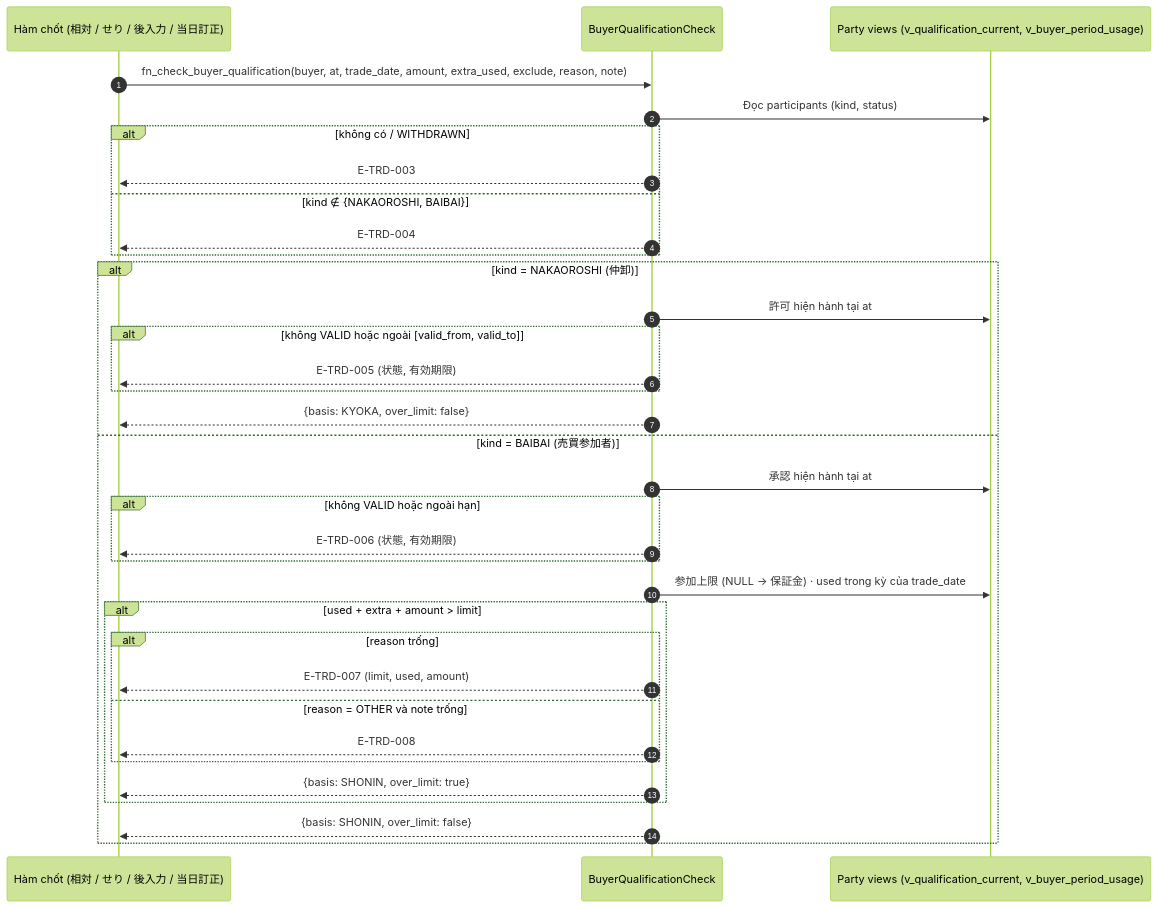
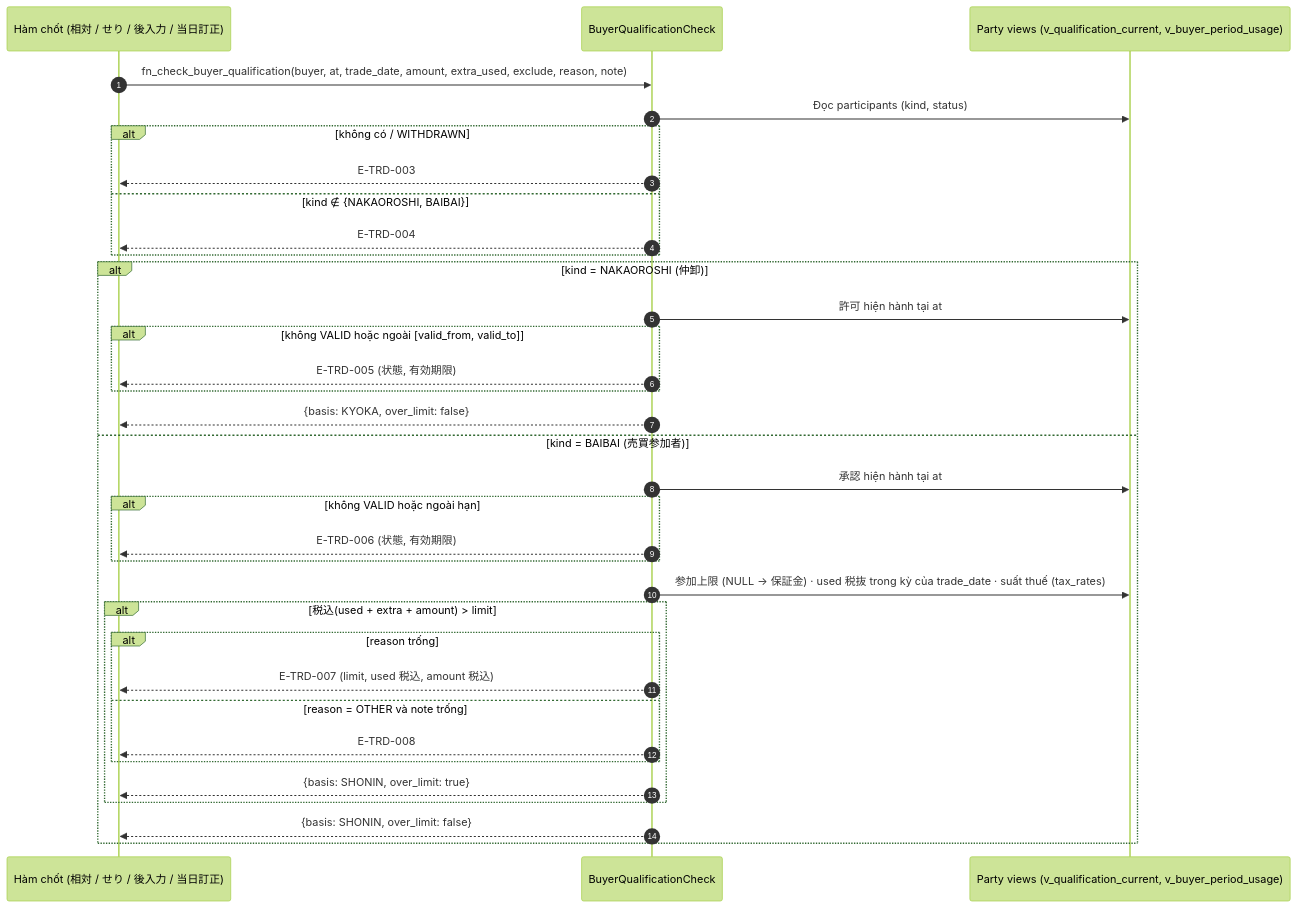
Before and after one commit to phuongnnm-23344/lab-wholesale-market: the diagram in specs/trade/technical-design/TRADE_QUALIFICATION_CHECK_TECH.md, drawn with Mermaid (forest theme). The commit also changed other lines of this file and 36 other files, not shown here.

````diff
--- a/specs/trade/technical-design/TRADE_QUALIFICATION_CHECK_TECH.md
+++ b/specs/trade/technical-design/TRADE_QUALIFICATION_CHECK_TECH.md
@@ -37,37 +38,37 @@
 ```mermaid
 sequenceDiagram
     autonumber
     participant CALL as Hàm chốt (相対 / せり / 後入力 / 当日訂正)
     participant Q as BuyerQualificationCheck
     participant P as Party views (v_qualification_current, v_buyer_period_usage)
 
     CALL->>Q: fn_check_buyer_qualification(buyer, at, trade_date, amount, extra_used, exclude, reason, note)
     Q->>P: Đọc participants (kind, status)
     alt không có / WITHDRAWN
         Q-->>CALL: E-TRD-003
     else kind ∉ {NAKAOROSHI, BAIBAI}
         Q-->>CALL: E-TRD-004
     end
     alt kind = NAKAOROSHI (仲卸)
         Q->>P: 許可 hiện hành tại at
         alt không VALID hoặc ngoài [valid_from, valid_to]
             Q-->>CALL: E-TRD-005 (状態, 有効期限)
         end
         Q-->>CALL: {basis: KYOKA, over_limit: false}
     else kind = BAIBAI (売買参加者)
         Q->>P: 承認 hiện hành tại at
         alt không VALID hoặc ngoài hạn
             Q-->>CALL: E-TRD-006 (状態, 有効期限)
         end
-        Q->>P: 参加上限 (NULL → 保証金) · used trong kỳ của trade_date
-        alt used + extra + amount > limit
+        Q->>P: 参加上限 (NULL → 保証金) · used 税抜 trong kỳ của trade_date · suất thuế (tax_rates)
+        alt 税込(used + extra + amount) > limit
             alt reason trống
-                Q-->>CALL: E-TRD-007 (limit, used, amount)
+                Q-->>CALL: E-TRD-007 (limit, used 税込, amount 税込)
             else reason = OTHER và note trống
                 Q-->>CALL: E-TRD-008
             end
             Q-->>CALL: {basis: SHONIN, over_limit: true}
         end
         Q-->>CALL: {basis: SHONIN, over_limit: false}
     end
 ```
````
